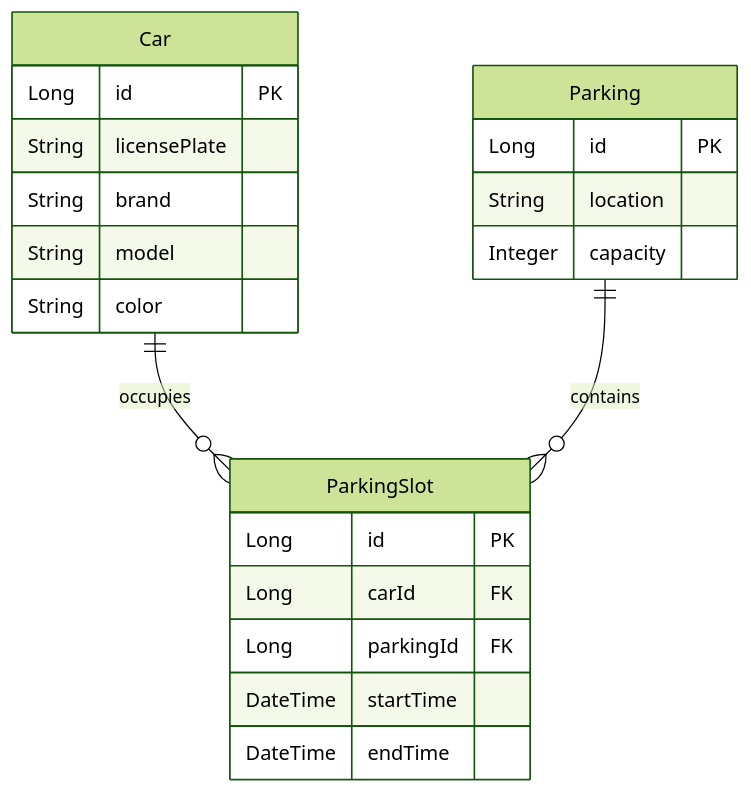
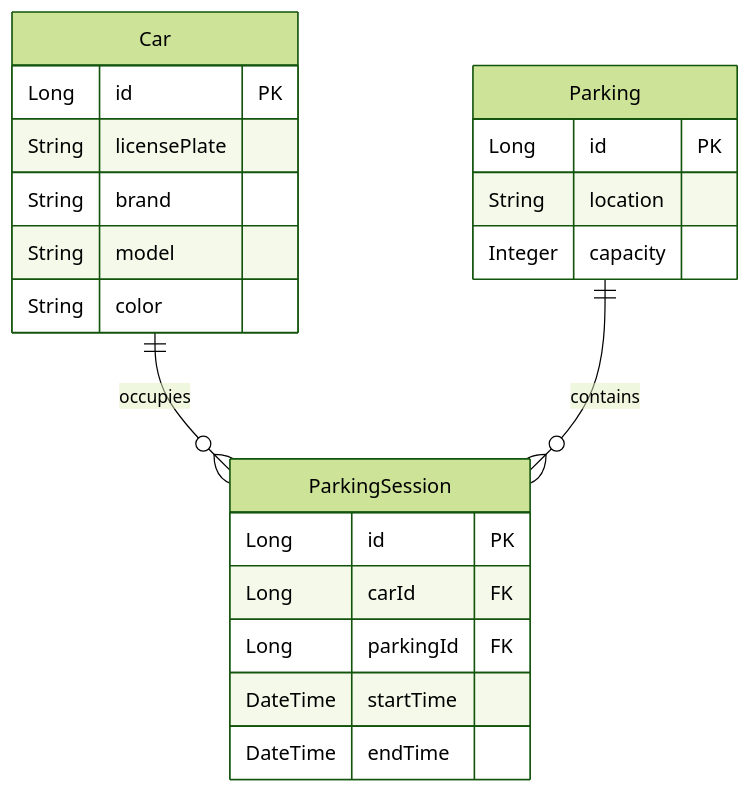
Before and after one commit to hoangnm/car-parking: the diagram in README.md, drawn with Mermaid (forest theme). The commit also changed other lines of this file and 14 other files, not shown here.

Commit message:
refactor: rename ParkingSlot to ParkingSession across entities, repositories, and services

````diff
--- a/README.md
+++ b/README.md
@@ -49,24 +49,24 @@
 ```mermaid
 erDiagram
     Car {
         Long id PK
         String licensePlate
         String brand
         String model
         String color
     }
     Parking {
         Long id PK
         String location
         Integer capacity
     }
-    ParkingSlot {
+    ParkingSession {
         Long id PK
         Long carId FK
         Long parkingId FK
         DateTime startTime
         DateTime endTime
     }
-    Car ||--o{ ParkingSlot : "occupies"
-    Parking ||--o{ ParkingSlot : "contains"
+    Car ||--o{ ParkingSession : "occupies"
+    Parking ||--o{ ParkingSession : "contains"
 ```
````
